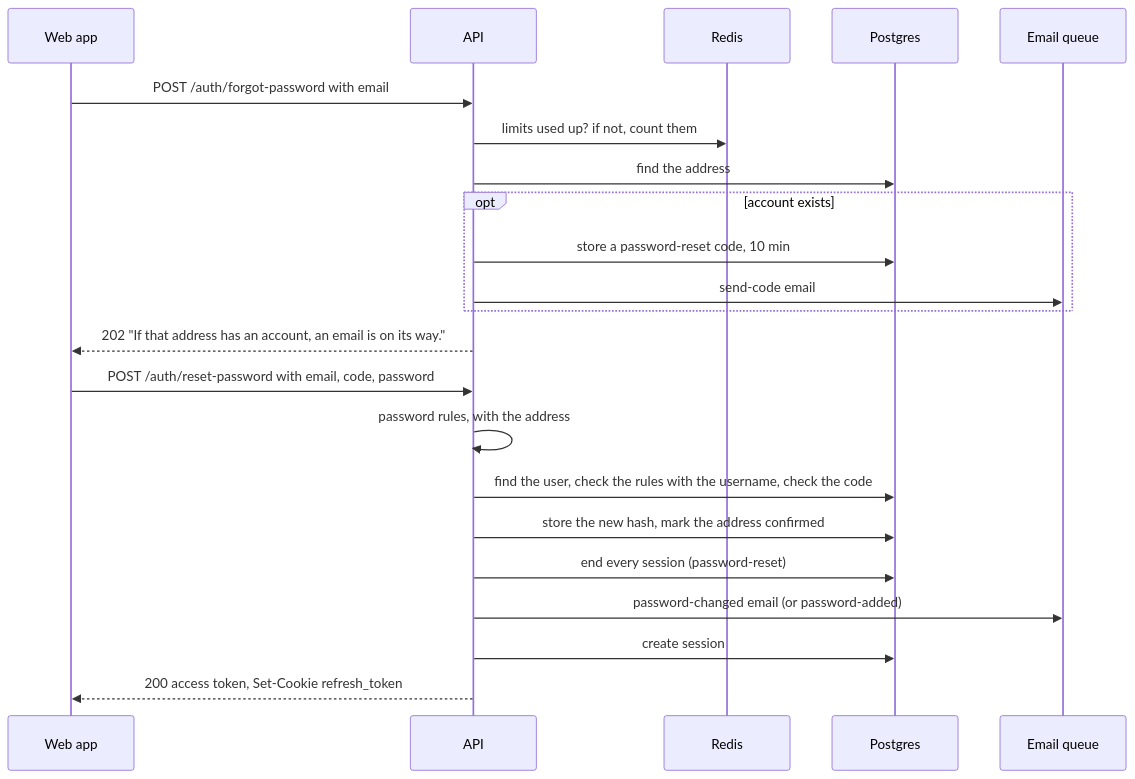
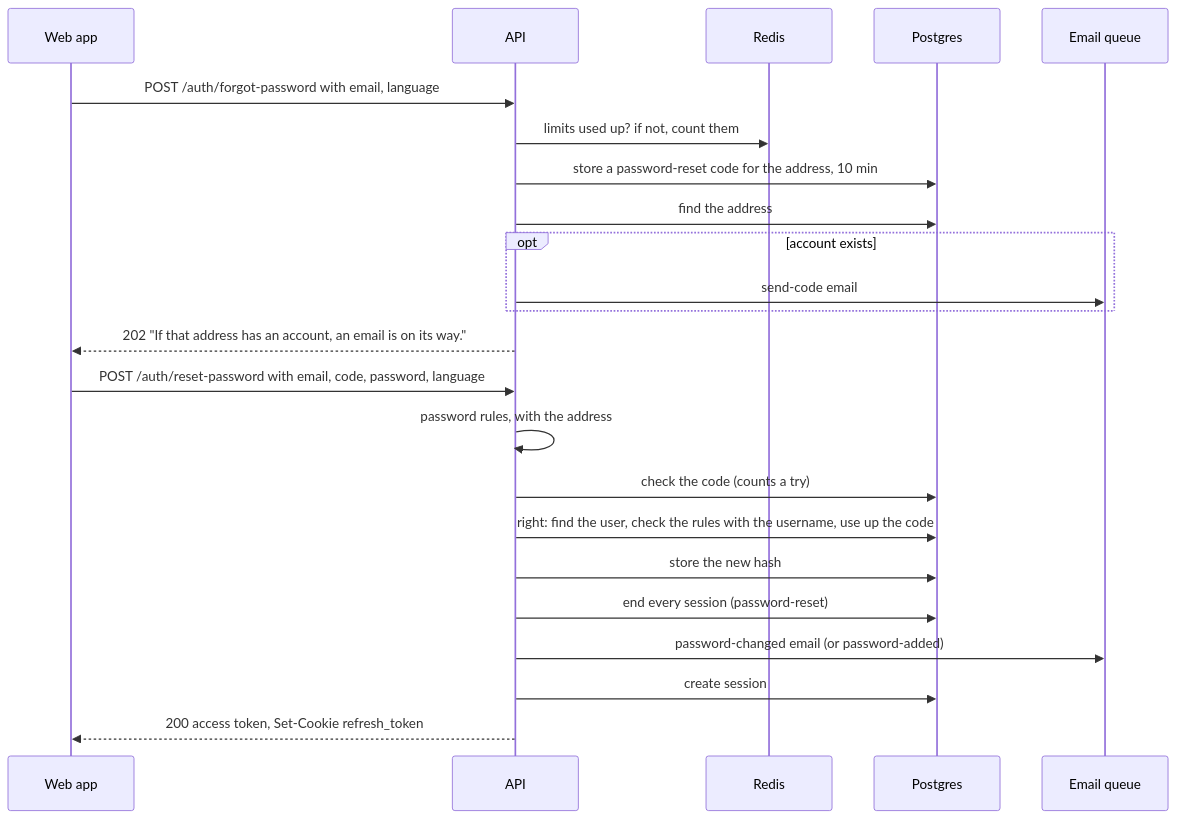
One commit to StoriuSs/NezFocus-Backend changed the sixth of 10 diagrams in docs/auth/flows.md. Above: the diagram before and after it, drawn with Mermaid. The commit also changed other lines of this file and 143 other files, not shown here.

First line of the commit message:
feat(auth): codes by email for sign-up and sign-in (L6)

````diff
--- a/docs/auth/flows.md
+++ b/docs/auth/flows.md
@@ -321,24 +290,25 @@
 ```mermaid
 sequenceDiagram
     participant W as Web app
     participant A as API
     participant R as Redis
     participant P as Postgres
     participant Q as Email queue
-    W->>A: POST /auth/forgot-password with email
+    W->>A: POST /auth/forgot-password with email, language
     A->>R: limits used up? if not, count them
+    A->>P: store a password-reset code for the address, 10 min
     A->>P: find the address
     opt account exists
-        A->>P: store a password-reset code, 10 min
         A->>Q: send-code email
     end
     A-->>W: 202 "If that address has an account, an email is on its way."
-    W->>A: POST /auth/reset-password with email, code, password
+    W->>A: POST /auth/reset-password with email, code, password, language
     A->>A: password rules, with the address
-    A->>P: find the user, check the rules with the username, check the code
-    A->>P: store the new hash, mark the address confirmed
+    A->>P: check the code (counts a try)
+    A->>P: right: find the user, check the rules with the username, use up the code
+    A->>P: store the new hash
     A->>P: end every session (password-reset)
     A->>Q: password-changed email (or password-added)
     A->>P: create session
     A-->>W: 200 access token, Set-Cookie refresh_token
 ```
````
